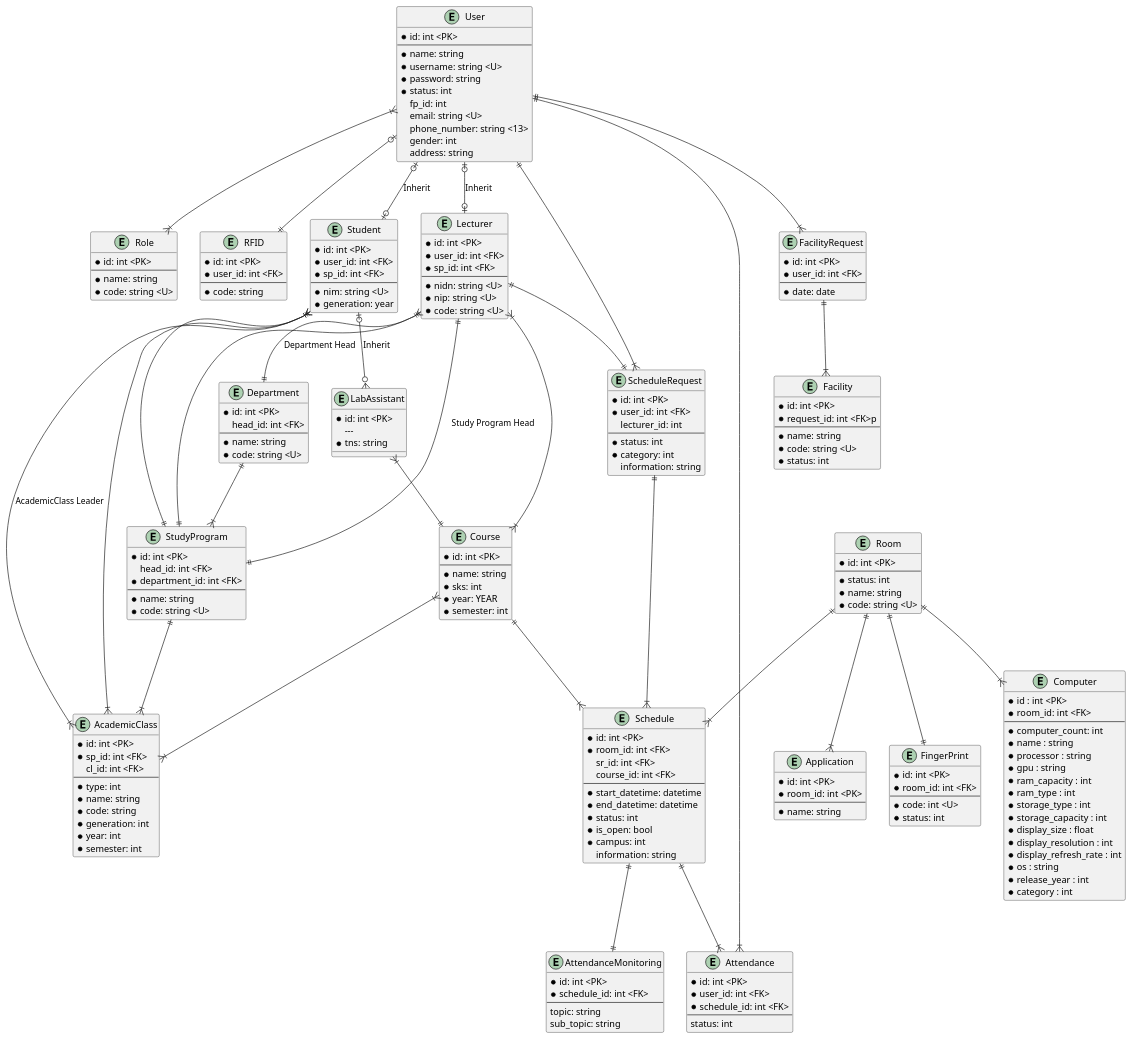
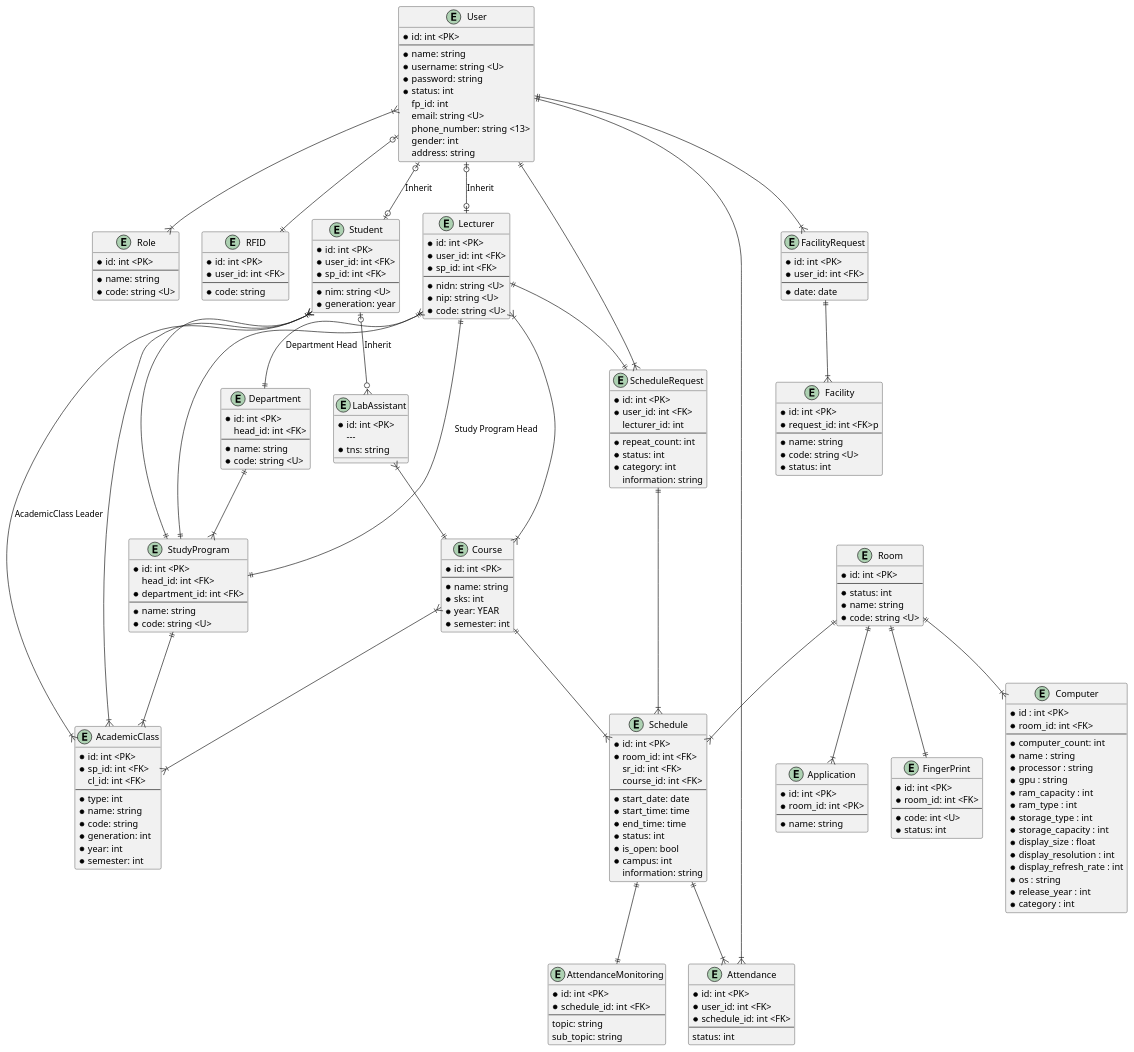
One commit to codebaradev/Simlab changed the diagram in docs/erd.plantuml. Above: the diagram before and after it, drawn with PlantUML. The commit also changed 26 other files, not shown here.

```diff
--- a/docs/erd.plantuml
+++ b/docs/erd.plantuml
@@ -128,6 +128,7 @@
     * user_id: int <FK>
     lecturer_id: int
     ---
+    * repeat_count: int
     * status: int    
     * category: int 
     information: string
@@ -139,8 +140,9 @@
     sr_id: int <FK>
     course_id: int <FK>
     ---
-    * start_datetime: datetime
-    * end_datetime: datetime
+    * start_date: date
+    * start_time: time
+    * end_time: time
     * status: int
     * is_open: bool
     * campus: int
```
